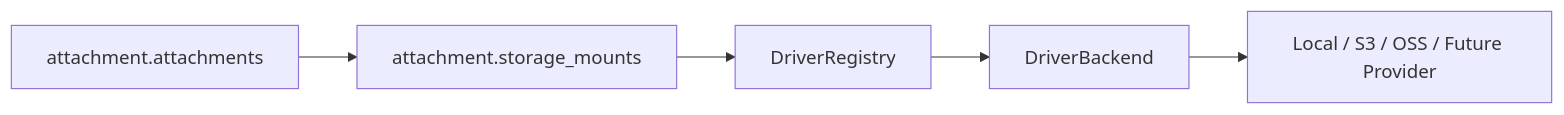
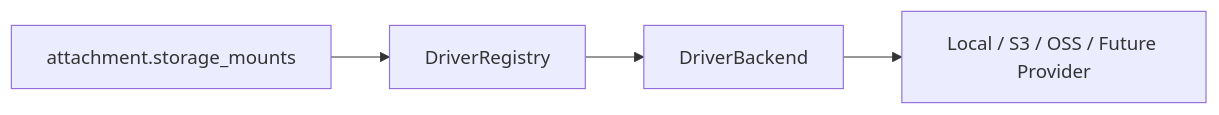
One commit to HappyLadySauce/Beehive-Blog changed the diagram in docs/v1/file-storage-driver-architecture.md. Above: the diagram before and after it, drawn with Mermaid. The commit also changed other lines of this file and 5 other files, not shown here.

````diff
--- a/docs/v1/file-storage-driver-architecture.md
+++ b/docs/v1/file-storage-driver-architecture.md
@@ -76,13 +66,11 @@
 ```mermaid
 flowchart LR
-  Attachment["attachment.attachments"]
   Mount["attachment.storage_mounts"]
   Registry["DriverRegistry"]
   Driver["DriverBackend"]
   Provider["Local / S3 / OSS / Future Provider"]
 
-  Attachment --> Mount
   Mount --> Registry
   Registry --> Driver
   Driver --> Provider
 ```
````
